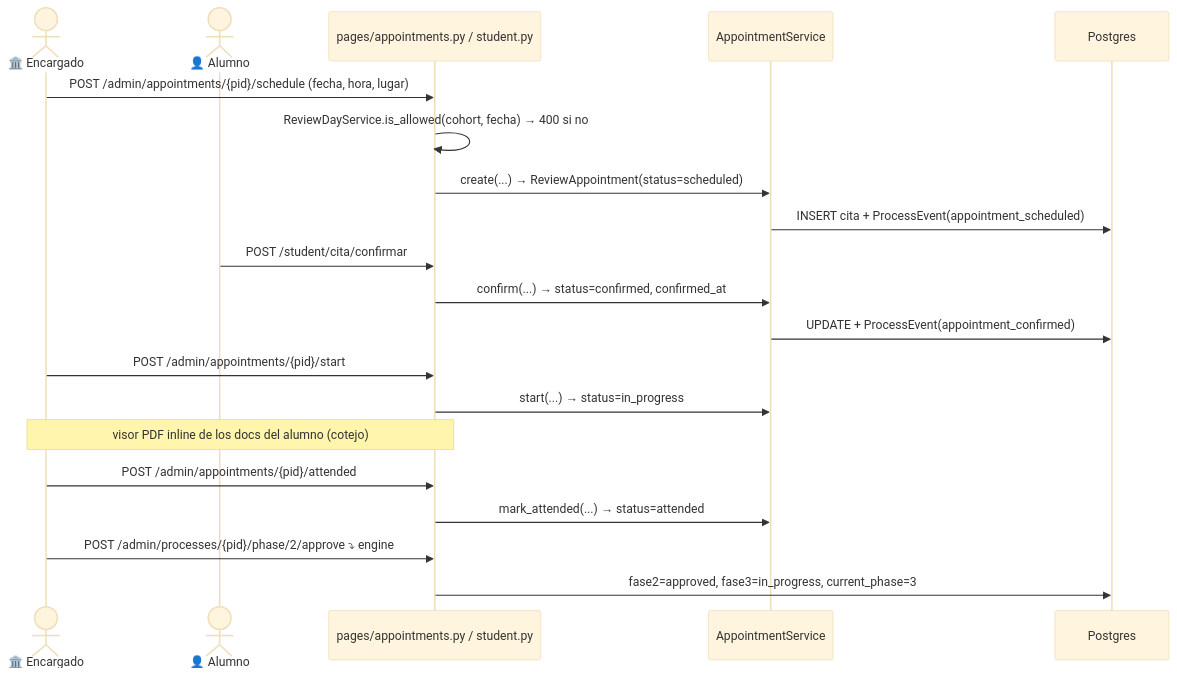
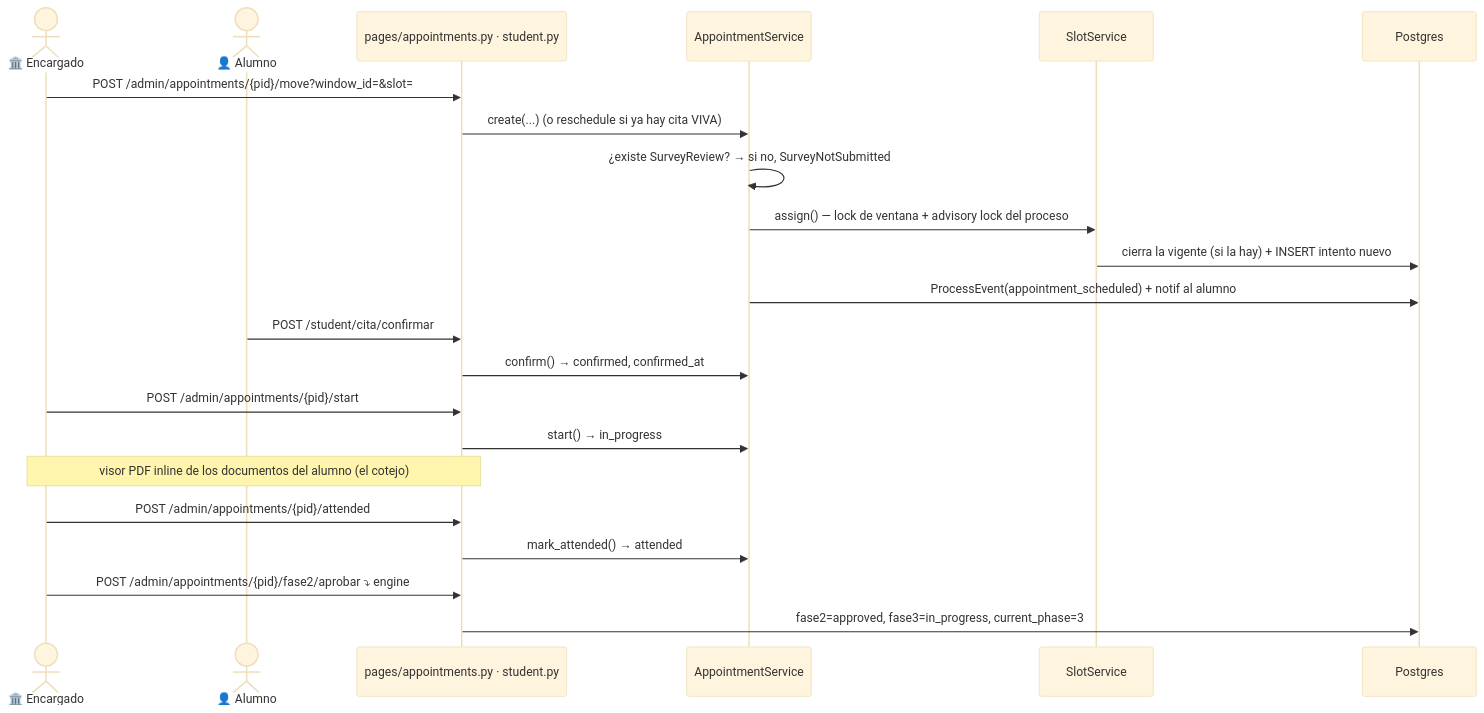
Before and after one commit to Erne1357/itcj: the diagram in itcj2/apps/titulatec/docs/flows/phase2_appointment_loop.md, drawn with Mermaid (base theme). The commit also changed other lines of this file and 4 other files, not shown here.

````diff
--- a/itcj2/apps/titulatec/docs/flows/phase2_appointment_loop.md
+++ b/itcj2/apps/titulatec/docs/flows/phase2_appointment_loop.md
@@ -87,22 +103,24 @@
 ```mermaid
 sequenceDiagram
     actor S as 🏛️ Encargado
     actor U as 👤 Alumno
-    participant API as pages/appointments.py / student.py
+    participant API as pages/appointments.py · student.py
     participant SVC as AppointmentService
+    participant SLOT as SlotService
     participant DB as Postgres
-    S->>API: POST /admin/appointments/{pid}/schedule (fecha, hora, lugar)
-    API->>API: ReviewDayService.is_allowed(cohort, fecha) → 400 si no
-    API->>SVC: create(...) → ReviewAppointment(status=scheduled)
-    SVC->>DB: INSERT cita + ProcessEvent(appointment_scheduled)
+    S->>API: POST /admin/appointments/{pid}/move?window_id=&slot=
+    API->>SVC: create(...) (o reschedule si ya hay cita VIVA)
+    SVC->>SVC: ¿existe SurveyReview? → si no, SurveyNotSubmitted
+    SVC->>SLOT: assign() — lock de ventana + advisory lock del proceso
+    SLOT->>DB: cierra la vigente (si la hay) + INSERT intento nuevo
+    SVC->>DB: ProcessEvent(appointment_scheduled) + notif al alumno
     U->>API: POST /student/cita/confirmar
-    API->>SVC: confirm(...) → status=confirmed, confirmed_at
-    SVC->>DB: UPDATE + ProcessEvent(appointment_confirmed)
+    API->>SVC: confirm() → confirmed, confirmed_at
     S->>API: POST /admin/appointments/{pid}/start
-    API->>SVC: start(...) → status=in_progress
-    Note over S,API: visor PDF inline de los docs del alumno (cotejo)
+    API->>SVC: start() → in_progress
+    Note over S,API: visor PDF inline de los documentos del alumno (el cotejo)
     S->>API: POST /admin/appointments/{pid}/attended
-    API->>SVC: mark_attended(...) → status=attended
-    S->>API: POST /admin/processes/{pid}/phase/2/approve  ⤵ engine
+    API->>SVC: mark_attended() → attended
+    S->>API: POST /admin/appointments/{pid}/fase2/aprobar  ⤵ engine
     API->>DB: fase2=approved, fase3=in_progress, current_phase=3
 ```
````
